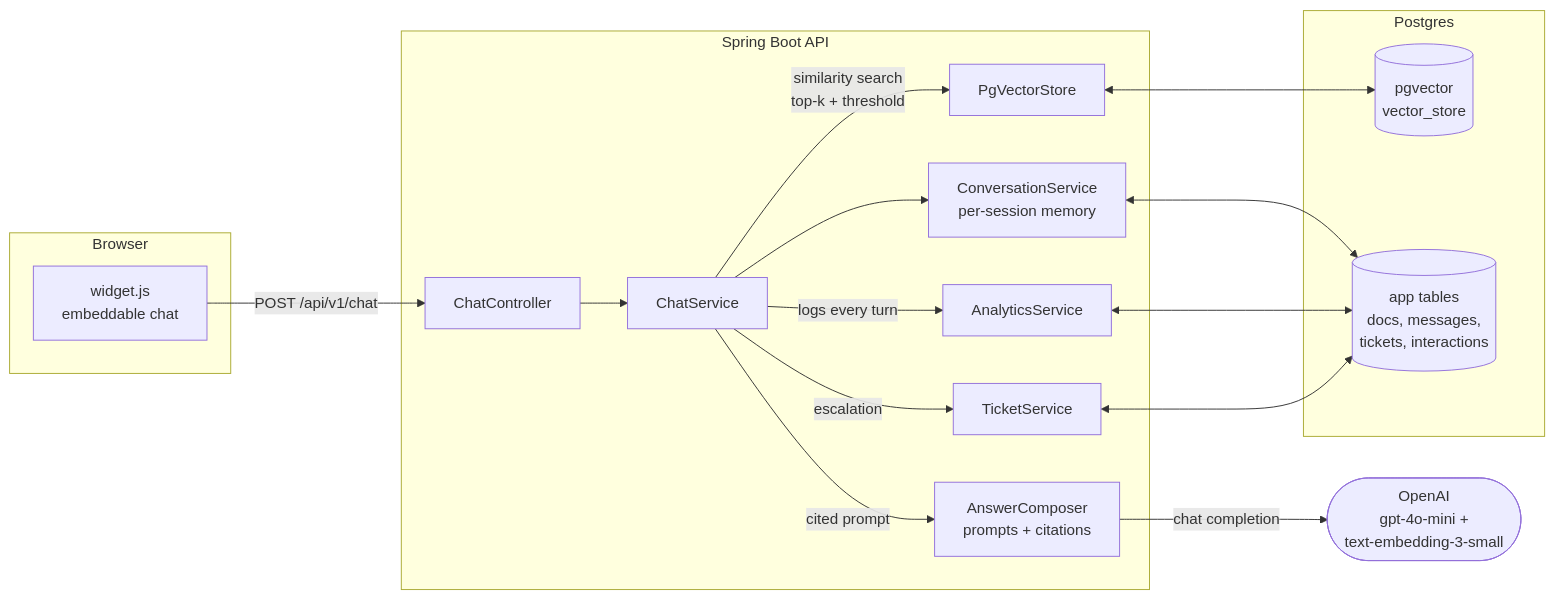
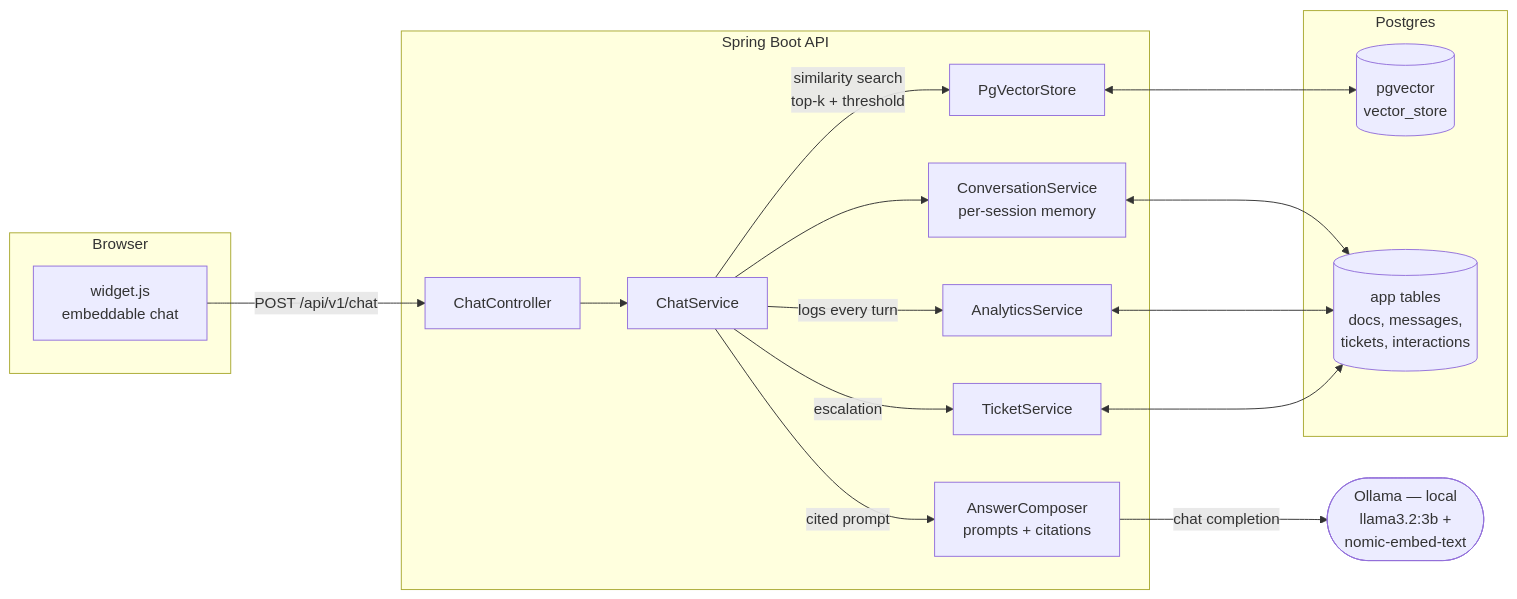
One commit to vbhardw4/docpilot changed the diagram in README.md. Above: the diagram before and after it, drawn with Mermaid. The commit also changed other lines of this file, not shown here.

Commit message:
switch LLM provider: OpenAI -> local Ollama (README.md)

````diff
--- a/README.md
+++ b/README.md
@@ -13,33 +14,33 @@
 ```mermaid
 flowchart LR
     subgraph Browser
         W[widget.js<br/>embeddable chat]
     end
     subgraph "Spring Boot API"
         CC[ChatController]
         CS[ChatService]
         AC[AnswerComposer<br/>prompts + citations]
         VS[PgVectorStore]
         CM[ConversationService<br/>per-session memory]
         AN[AnalyticsService]
         TI[TicketService]
     end
     subgraph Postgres
         PG[(pgvector<br/>vector_store)]
         APP[(app tables<br/>docs, messages,<br/>tickets, interactions)]
     end
-    LLM([OpenAI<br/>gpt-4o-mini +<br/>text-embedding-3-small])
+    LLM([Ollama — local<br/>llama3.2:3b +<br/>nomic-embed-text])
 
     W -->|POST /api/v1/chat| CC
     CC --> CS
     CS -->|similarity search<br/>top-k + threshold| VS
     VS <--> PG
     CS -->|cited prompt| AC
     AC -->|chat completion| LLM
     CS --> CM
     CM <--> APP
     CS -->|logs every turn| AN
     AN <--> APP
     CS -->|escalation| TI
     TI <--> APP
 ```
````
